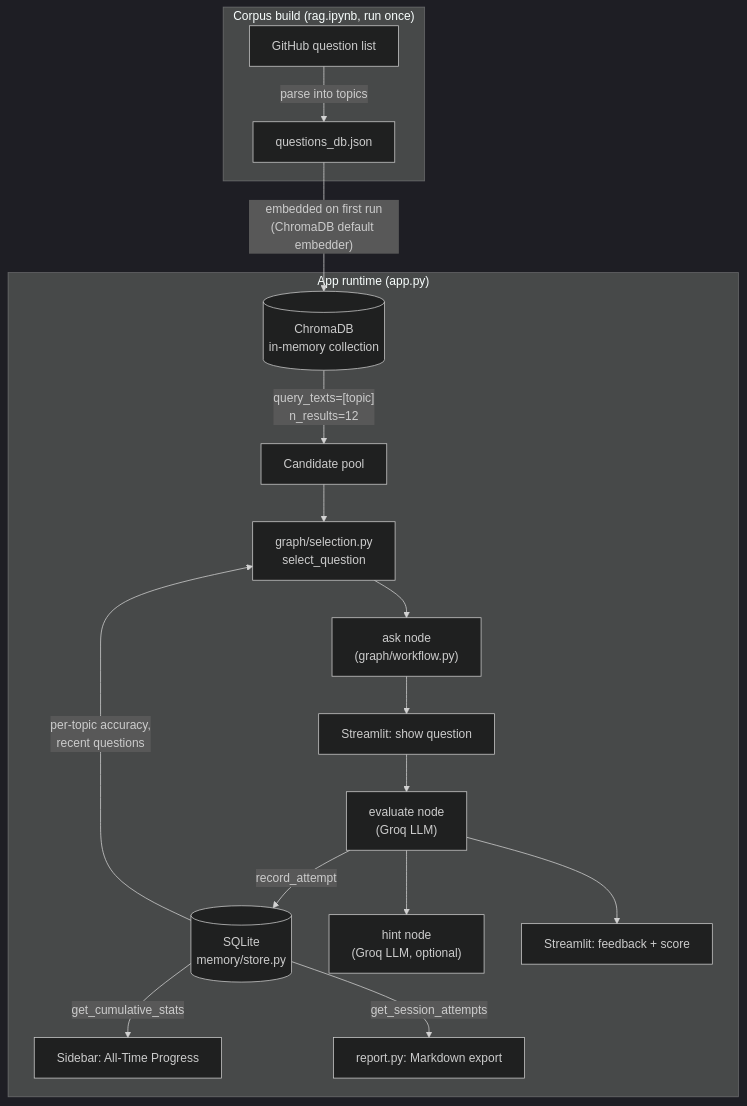
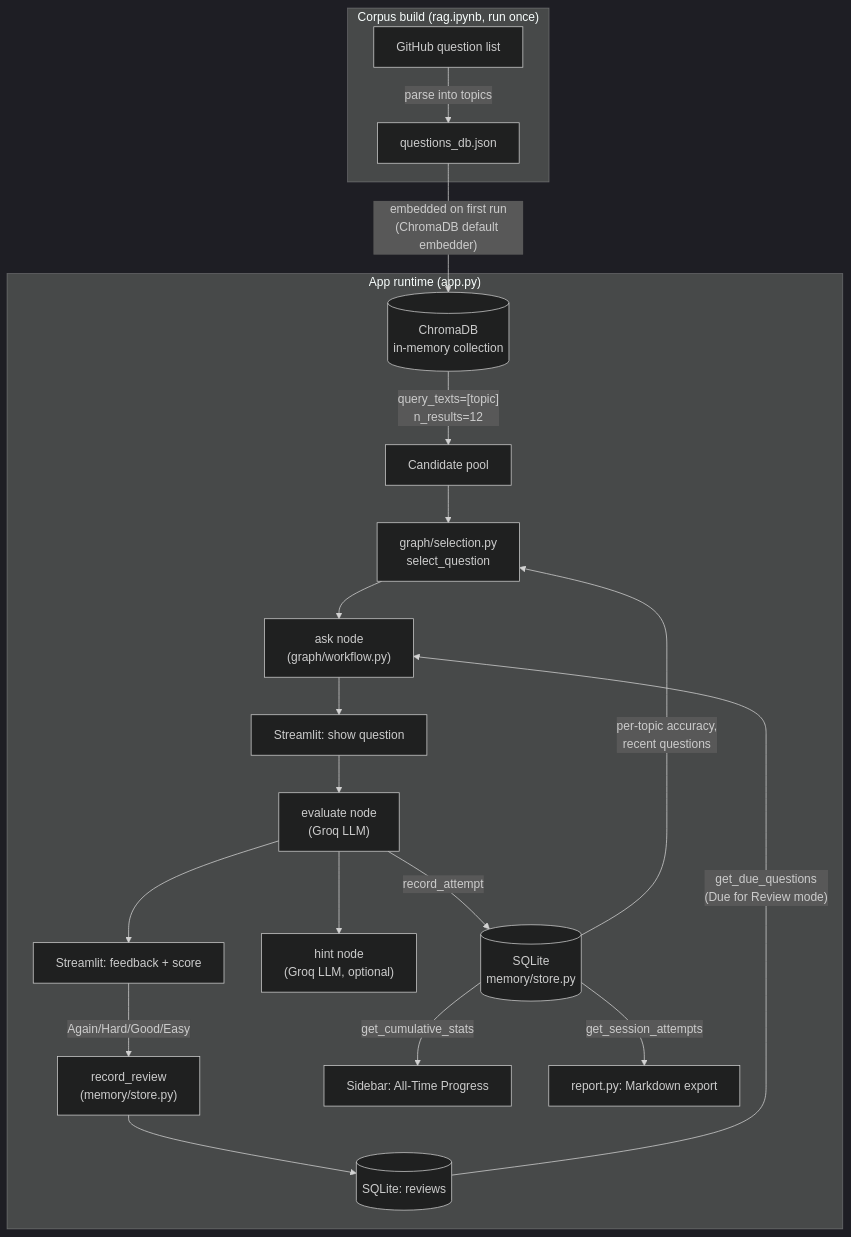
The diagram in DESIGN.md (monikagadage/java-interview-coach), drawn with Mermaid (dark theme) before and after one commit. The commit also changed other lines of this file and 4 other files, not shown here.

````diff
--- a/DESIGN.md
+++ b/DESIGN.md
@@ -10,21 +10,24 @@
 ```mermaid
 flowchart TD
     subgraph corpus["Corpus build (rag.ipynb, run once)"]
         GH[GitHub question list] -->|parse into topics| JSON[questions_db.json]
     end
 
     subgraph app["App runtime (app.py)"]
         JSON -->|"embedded on first run\n(ChromaDB default embedder)"| Chroma[(ChromaDB\nin-memory collection)]
         Chroma -->|"query_texts=[topic]\nn_results=12"| Candidates[Candidate pool]
         Candidates --> Selection[graph/selection.py\nselect_question]
         Stats[(SQLite\nmemory/store.py)] -->|per-topic accuracy,\nrecent questions| Selection
         Selection --> Ask["ask node\n(graph/workflow.py)"]
         Ask --> UI[Streamlit: show question]
         UI --> Evaluate["evaluate node\n(Groq LLM)"]
         Evaluate -->|record_attempt| Stats
         Evaluate --> Hint["hint node\n(Groq LLM, optional)"]
         Evaluate --> UI2[Streamlit: feedback + score]
+        UI2 -->|"Again/Hard/Good/Easy"| Rate["record_review\n(memory/store.py)"]
+        Rate --> Reviews[(SQLite: reviews)]
+        Reviews -->|"get_due_questions\n(Due for Review mode)"| Ask
         Stats -->|get_cumulative_stats| Sidebar["Sidebar: All-Time Progress"]
         Stats -->|get_session_attempts| Report["report.py: Markdown export"]
     end
 ```
````
